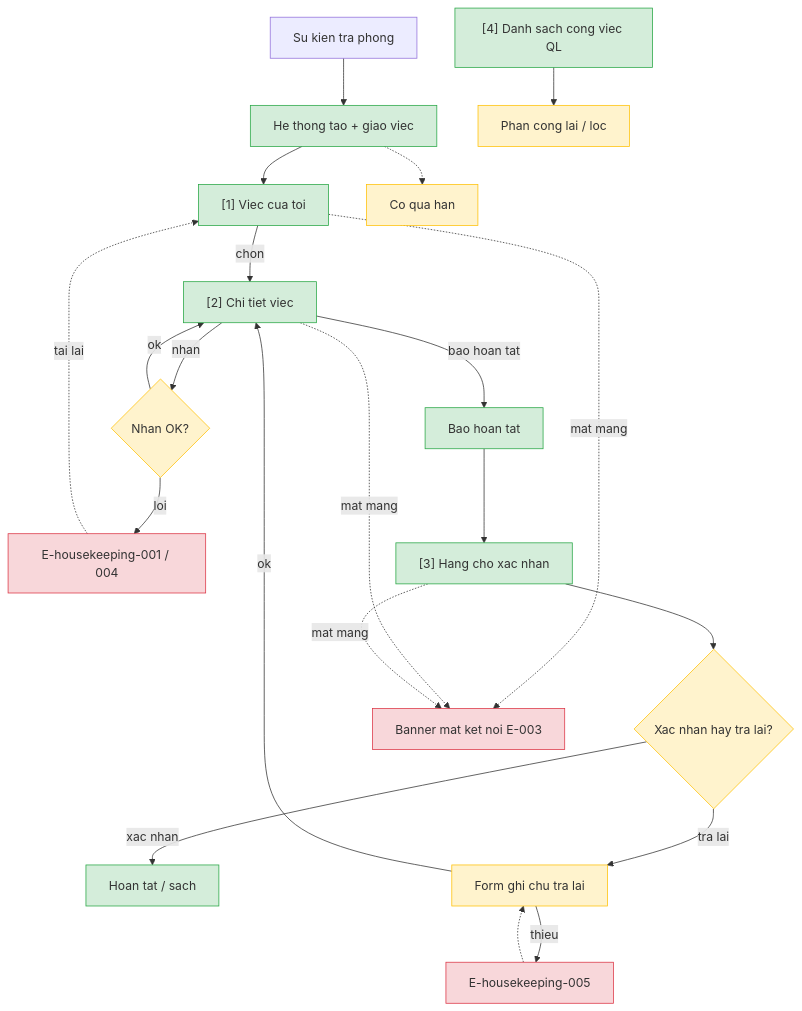
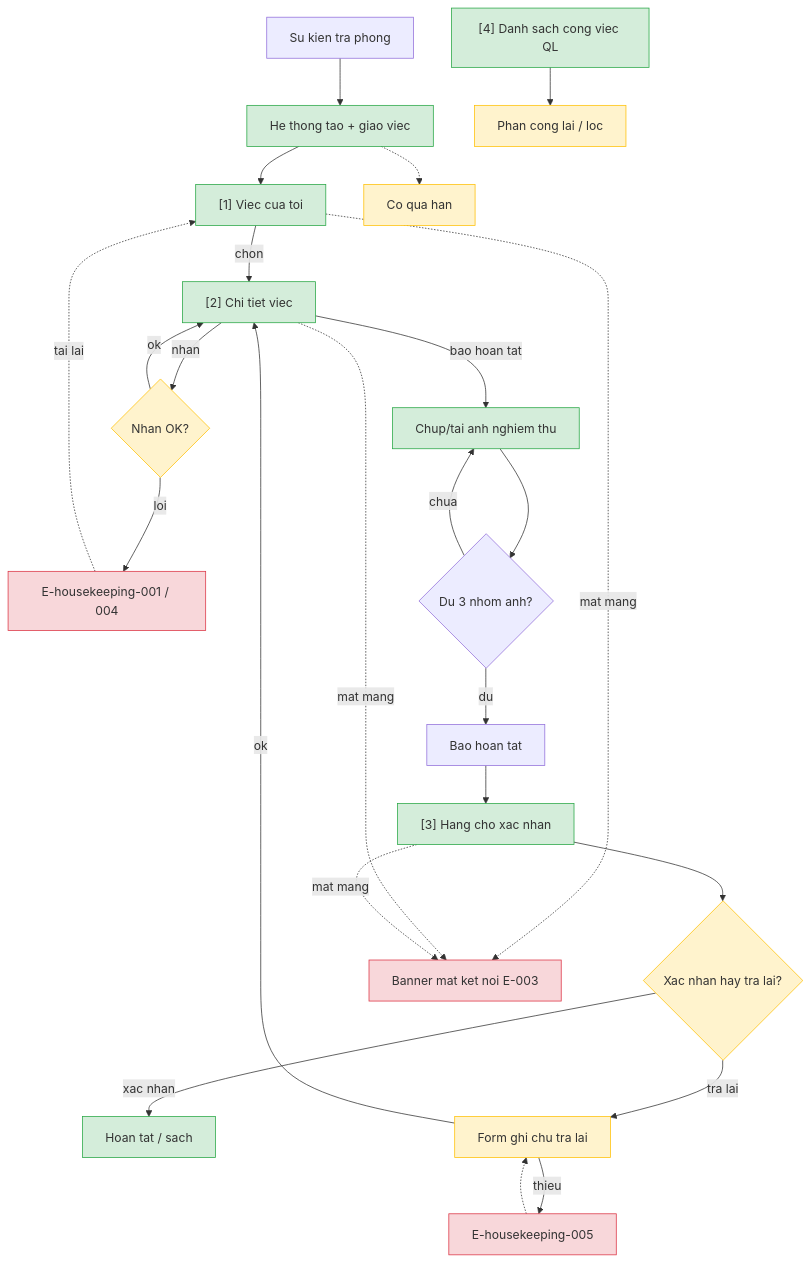
Before and after one commit to DatTran26/khachsan-di-dong: the diagram in docs/features/housekeeping/srs/housekeeping-userflow.md, drawn with Mermaid. The commit also changed other lines of this file and 101 other files, not shown here.

````diff
--- a/docs/features/housekeeping/srs/housekeeping-userflow.md
+++ b/docs/features/housekeeping/srs/housekeeping-userflow.md
@@ -18,48 +18,53 @@
 ```mermaid
 flowchart TD
     n0["Su kien tra phong"]
     n1["He thong tao + giao viec"]
     n2["[1] Viec cua toi"]
     n3["[2] Chi tiet viec"]
     n4{"Nhan OK?"}
     n5["E-housekeeping-001 / 004"]
-    n6["Bao hoan tat"]
+    n6["Chup/tai anh nghiem thu"]
+    n6a{"Du 3 nhom anh?"}
+    n6b["Bao hoan tat"]
     n7["[3] Hang cho xac nhan"]
     n8{"Xac nhan hay tra lai?"}
     n9["Hoan tat / sach"]
     n10["Form ghi chu tra lai"]
     n11["E-housekeeping-005"]
     n12["[4] Danh sach cong viec QL"]
     n13["Phan cong lai / loc"]
     n14["Banner mat ket noi E-003"]
     n15["Co qua han"]
 
     n0 --> n1
     n1 --> n2
     n2 -->|"chon"| n3
     n3 -->|"nhan"| n4
     n4 -->|"loi"| n5
     n5 -.->|"tai lai"| n2
     n4 -->|"ok"| n3
     n3 -->|"bao hoan tat"| n6
-    n6 --> n7
+    n6 --> n6a
+    n6a -->|"chua"| n6
+    n6a -->|"du"| n6b
+    n6b --> n7
     n7 --> n8
     n8 -->|"xac nhan"| n9
     n8 -->|"tra lai"| n10
     n10 -->|"thieu"| n11
     n11 -.-> n10
     n10 -->|"ok"| n3
     n12 --> n13
     n1 -.-> n15
     n2 -.->|"mat mang"| n14
     n3 -.->|"mat mang"| n14
     n7 -.->|"mat mang"| n14
 
     classDef happy fill:#d4edda,stroke:#28a745
     classDef error fill:#f8d7da,stroke:#dc3545
     classDef edge fill:#fff3cd,stroke:#ffc107
 
     class n1,n2,n3,n6,n7,n9,n12 happy
     class n5,n11,n14 error
     class n4,n8,n10,n13,n15 edge
 ```
````
